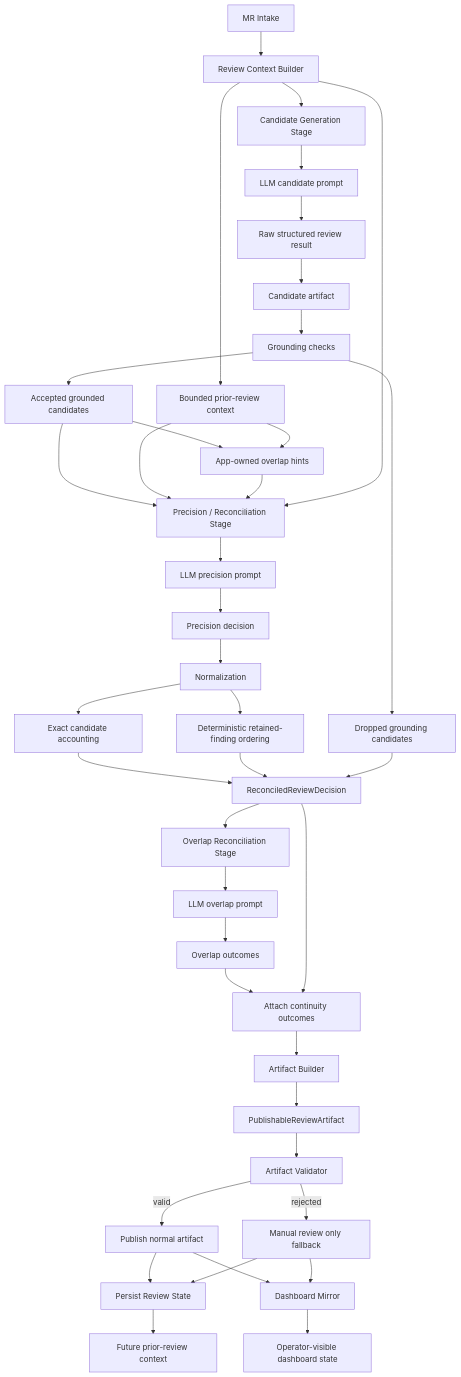
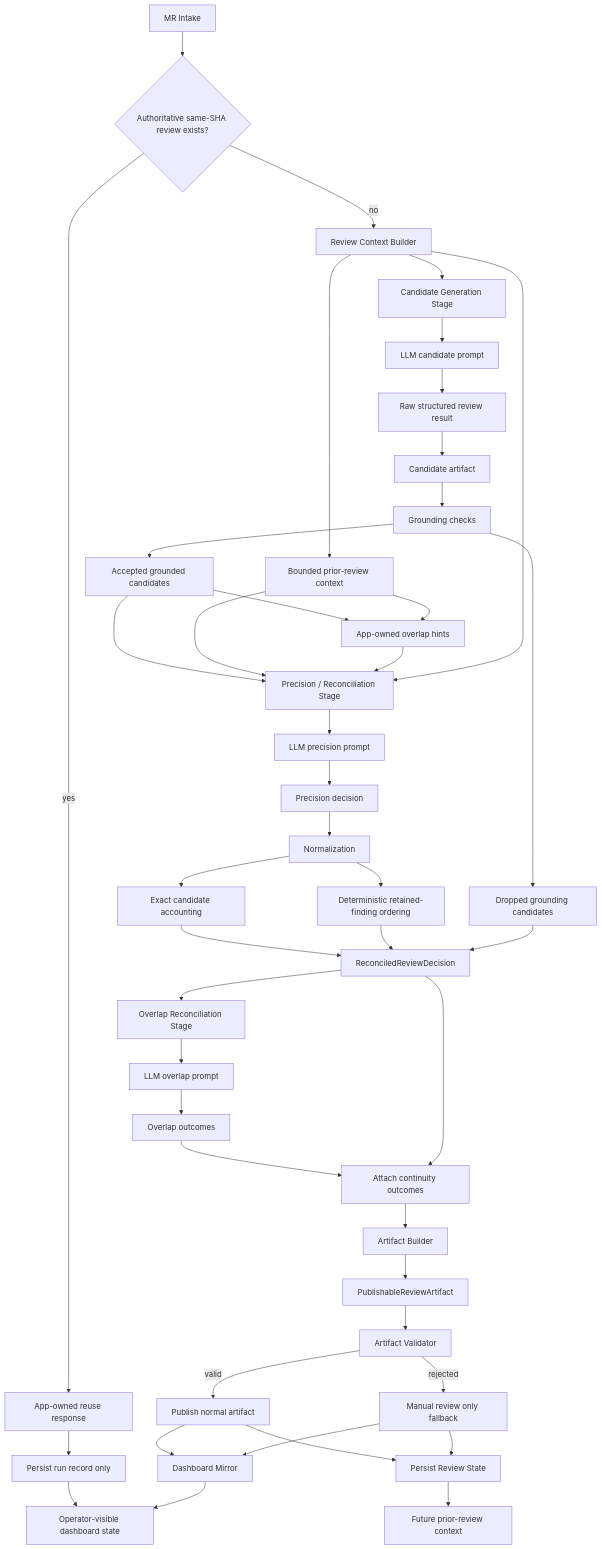
The diagram in docs/review-flow-mermaid.md (JustinMelger/ZeroOne-ops), drawn with Mermaid before and after one commit. The commit also changed other lines of this file and 8 other files, not shown here.

Commit message:
refactor: add app based response when sha already reviewed

````diff
--- a/docs/review-flow-mermaid.md
+++ b/docs/review-flow-mermaid.md
@@ -11,52 +11,56 @@
 ```mermaid
 flowchart TD
-    A[MR Intake] --> B[Review Context Builder]
+    A[MR Intake] --> A1{Authoritative same-SHA review exists?}
+    A1 -->|yes| A2[App-owned reuse response]
+    A2 --> A3[Persist run record only]
+    A3 --> U[Operator-visible dashboard state]
+    A1 -->|no| B[Review Context Builder]
 
     B --> C[Candidate Generation Stage]
     C --> C1[LLM candidate prompt]
     C1 --> C2[Raw structured review result]
     C2 --> C3[Candidate artifact]
 
     C3 --> G[Grounding checks]
     G --> G1[Accepted grounded candidates]
     G --> G2[Dropped grounding candidates]
 
     B --> H[Bounded prior-review context]
     G1 --> I[App-owned overlap hints]
     H --> I
 
     G1 --> J[Precision / Reconciliation Stage]
     H --> J
     I --> J
     B --> J
 
     J --> J1[LLM precision prompt]
     J1 --> J2[Precision decision]
     J2 --> J3[Normalization]
     J3 --> J4[Exact candidate accounting]
     J3 --> J5[Deterministic retained-finding ordering]
     J4 --> K[ReconciledReviewDecision]
     J5 --> K
     G2 --> K
 
     K --> L[Overlap Reconciliation Stage]
     L --> L1[LLM overlap prompt]
     L1 --> L2[Overlap outcomes]
     L2 --> M[Attach continuity outcomes]
     K --> M
 
     M --> N[Artifact Builder]
     N --> N1[PublishableReviewArtifact]
 
     N1 --> O[Artifact Validator]
     O -->|valid| P[Publish normal artifact]
     O -->|rejected| Q[Manual review only fallback]
 
     P --> R[Persist Review State]
     P --> S[Dashboard Mirror]
     Q --> R
     Q --> S
 
     R --> T[Future prior-review context]
     S --> U[Operator-visible dashboard state]
 ```
````
